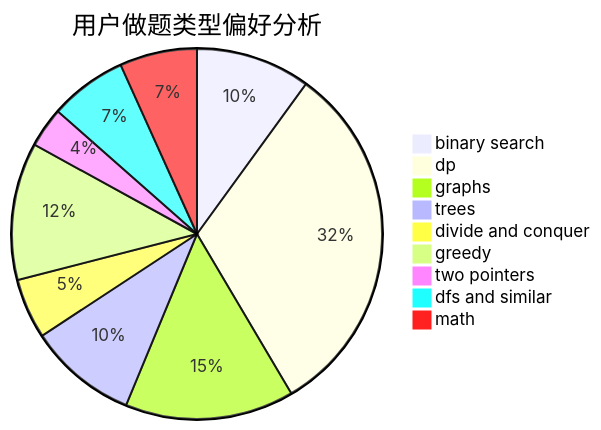
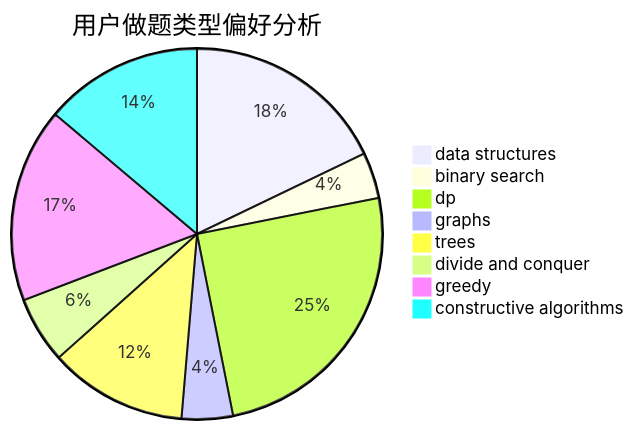
The second of 3 diagrams in docs/user/u1745.md (sherpahu/cfrs.github.io), drawn with Mermaid before and after one commit. The commit also changed other lines of this file and 2775 other files, not shown here.

````diff
--- a/docs/user/u1745.md
+++ b/docs/user/u1745.md
@@ -23,12 +23,11 @@
 ```mermaid
 pie title 用户做题类型偏好分析
-    "binary search" :  40
-    "dp" :  126
-    "graphs" :  59
-    "trees" :  38
-    "divide and conquer" :  21
-    "greedy" :  48
-    "two pointers" :  14
-    "dfs and similar" :  27
-    "math" :  27
+    "data structures" :  40
+    "binary search" :  9
+    "dp" :  56
+    "graphs" :  10
+    "trees" :  27
+    "divide and conquer" :  13
+    "greedy" :  38
+    "constructive algorithms" :  31
 ```
````
